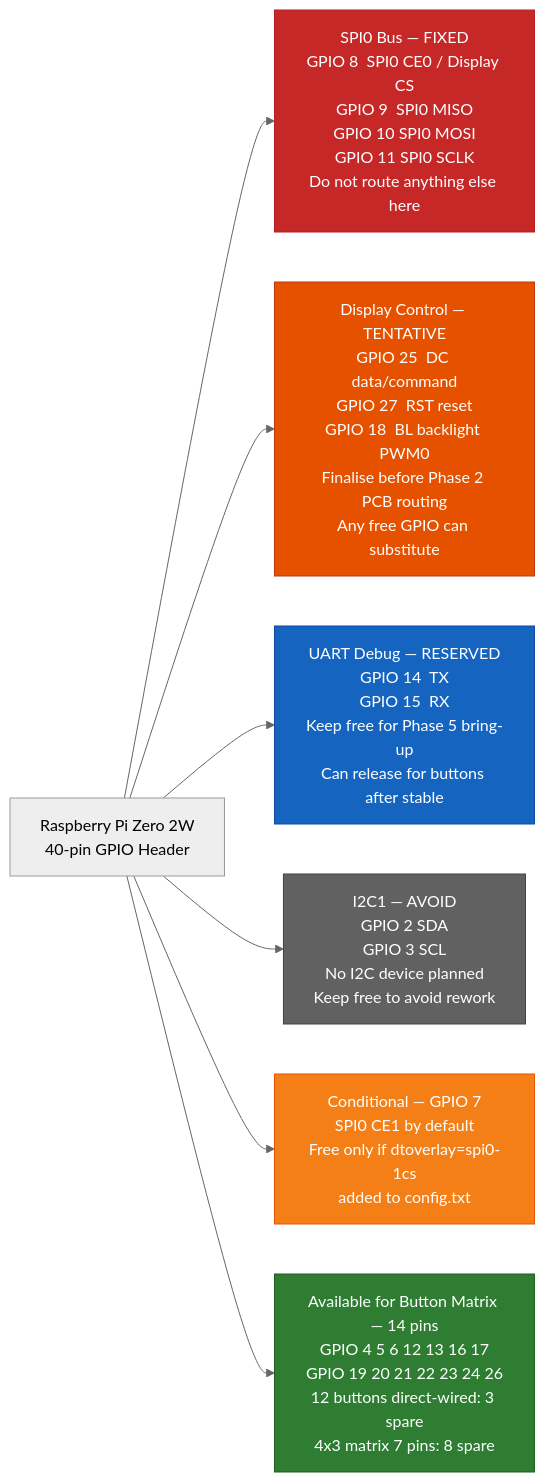
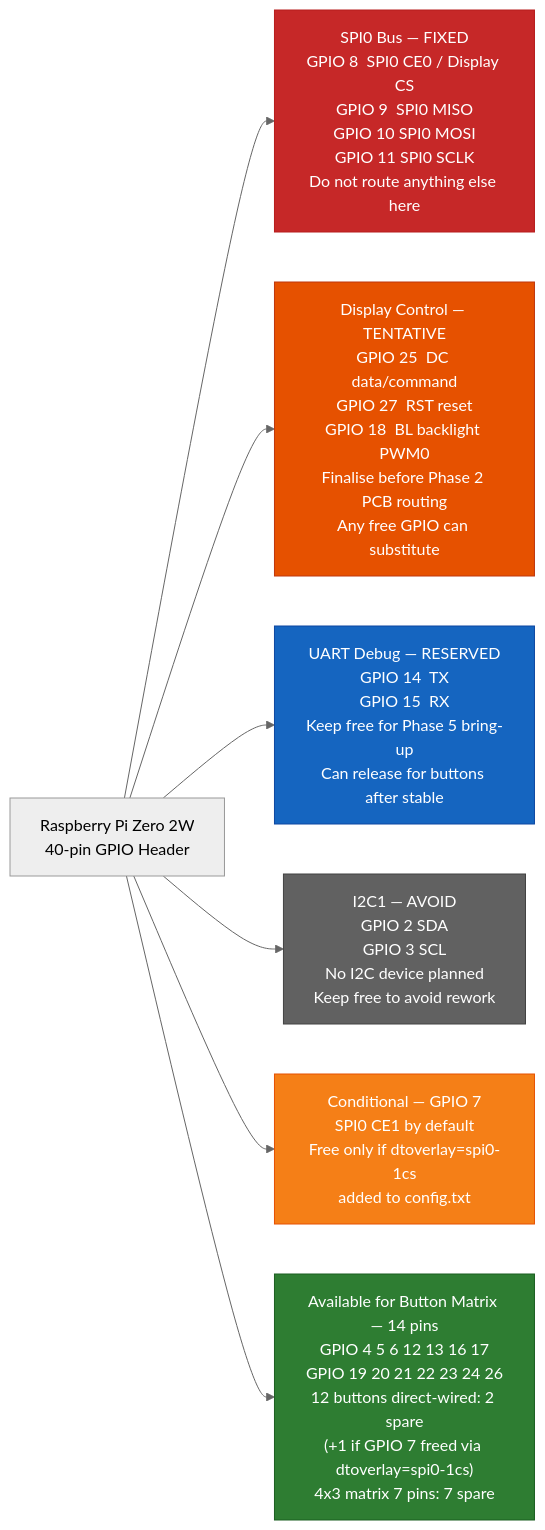
The fourth of 6 diagrams in docs/diagrams.md (koydas/retro-gaming-handheld), drawn with Mermaid (neutral theme) before and after one commit. The commit also changed other lines of this file, not shown here.

Commit message:
Fix two diagram errors flagged in Codex review
- Power topology: boost converter now draws from TP4056 OUT+/OUT-
  (protected output via DW01A) instead of directly from LIPO cell,
  matching the Phase 4 wiring instructions in README
- GPIO diagram: correct spare count from 3 to 2 when 12 buttons are
  direct-wired from the 14 available pins; note that GPIO 7 adds a
  third spare only when dtoverlay=spi0-1cs is active

Claude-Session: https://claude.ai/code/session_01MkZxCcfuDZLxRzS5o3Z4po

````diff
--- a/docs/diagrams.md
+++ b/docs/diagrams.md
@@ -119,37 +119,37 @@
 ```mermaid
 flowchart LR
     PI["Raspberry Pi Zero 2W\n40-pin GPIO Header"]
 
     SPI0["SPI0 Bus — FIXED\nGPIO 8  SPI0 CE0 / Display CS\nGPIO 9  SPI0 MISO\nGPIO 10 SPI0 MOSI\nGPIO 11 SPI0 SCLK\nDo not route anything else here"]
 
     DISP_CTRL["Display Control — TENTATIVE\nGPIO 25  DC data/command\nGPIO 27  RST reset\nGPIO 18  BL backlight PWM0\nFinalise before Phase 2 PCB routing\nAny free GPIO can substitute"]
 
     UART_PINS["UART Debug — RESERVED\nGPIO 14  TX\nGPIO 15  RX\nKeep free for Phase 5 bring-up\nCan release for buttons after stable"]
 
     I2C_PINS["I2C1 — AVOID\nGPIO 2  SDA\nGPIO 3  SCL\nNo I2C device planned\nKeep free to avoid rework"]
 
     COND_PIN["Conditional — GPIO 7\nSPI0 CE1 by default\nFree only if dtoverlay=spi0-1cs\nadded to config.txt"]
 
-    BTN_PINS["Available for Button Matrix — 14 pins\nGPIO 4 5 6 12 13 16 17\nGPIO 19 20 21 22 23 24 26\n12 buttons direct-wired: 3 spare\n4x3 matrix 7 pins: 8 spare"]
+    BTN_PINS["Available for Button Matrix — 14 pins\nGPIO 4 5 6 12 13 16 17\nGPIO 19 20 21 22 23 24 26\n12 buttons direct-wired: 2 spare\n(+1 if GPIO 7 freed via dtoverlay=spi0-1cs)\n4x3 matrix 7 pins: 7 spare"]
 
     PI --> SPI0
     PI --> DISP_CTRL
     PI --> UART_PINS
     PI --> I2C_PINS
     PI --> COND_PIN
     PI --> BTN_PINS
 
     classDef fixed fill:#c62828,stroke:#b71c1c,color:#fff
     classDef tentative fill:#e65100,stroke:#bf360c,color:#fff
     classDef reserved fill:#1565c0,stroke:#0d47a1,color:#fff
     classDef avoid fill:#616161,stroke:#424242,color:#fff
     classDef conditional fill:#f57f17,stroke:#e65100,color:#fff
     classDef available fill:#2e7d32,stroke:#1b5e20,color:#fff
 
     class SPI0 fixed
     class DISP_CTRL tentative
     class UART_PINS reserved
     class I2C_PINS avoid
     class COND_PIN conditional
     class BTN_PINS available
 ```
````
